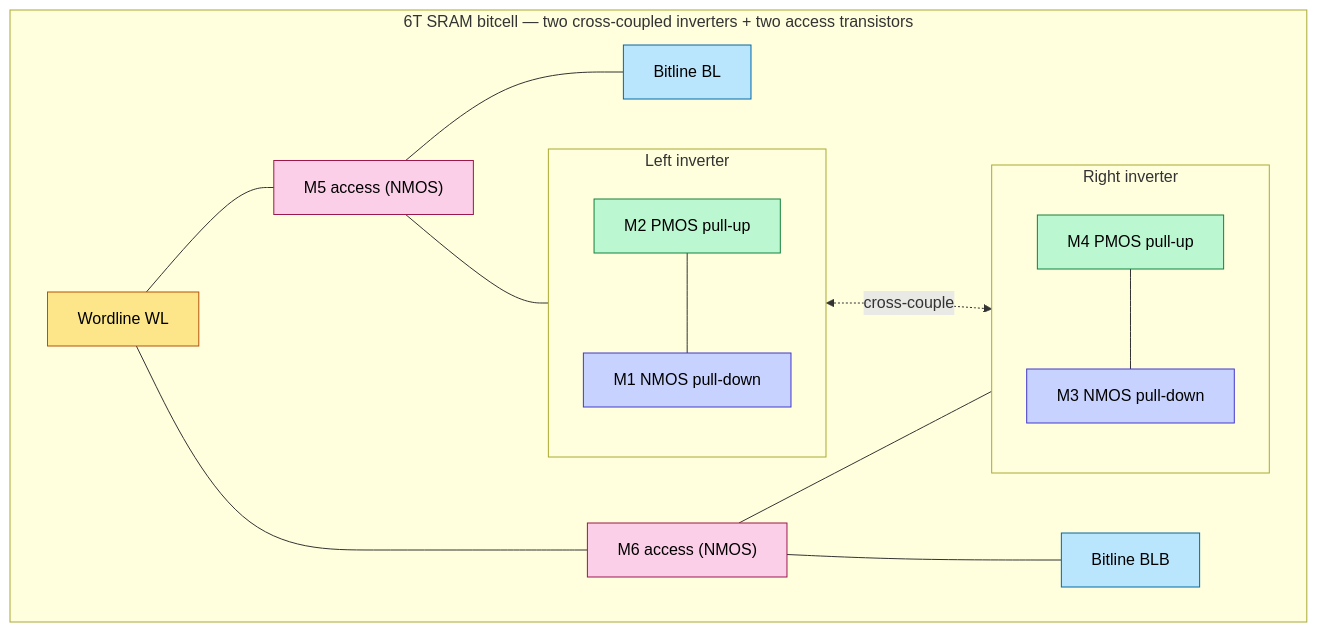
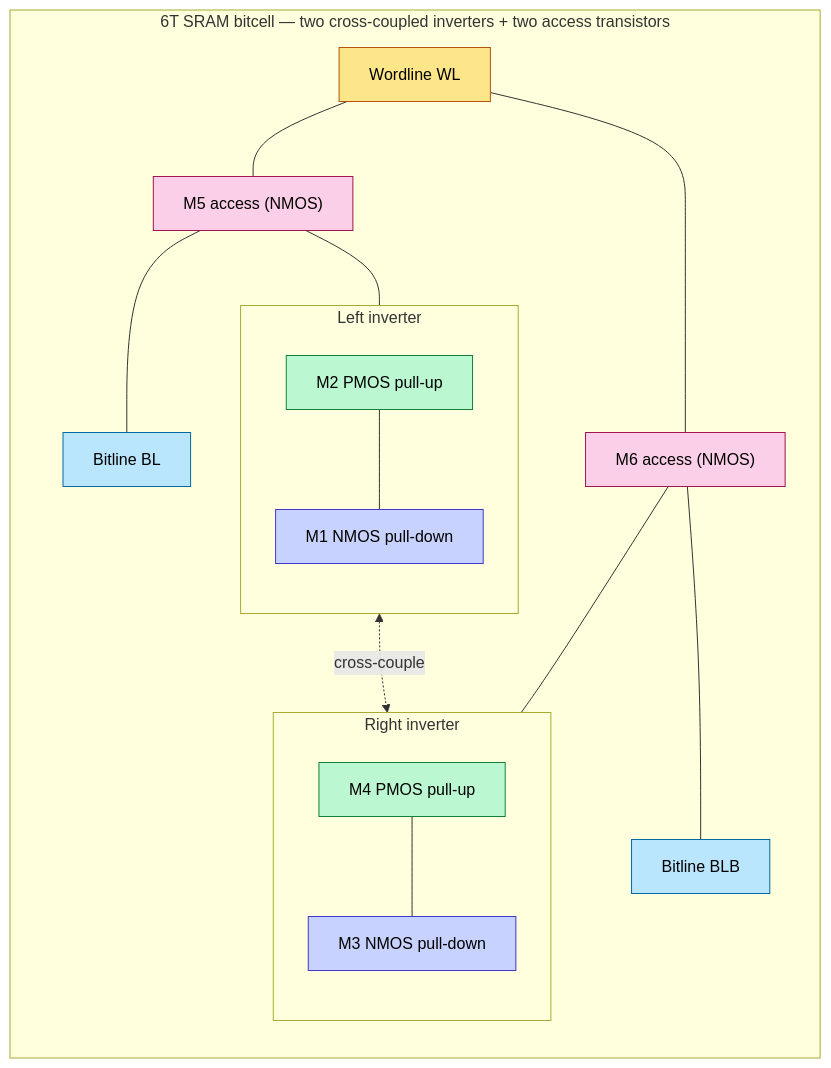
One commit to Wty2003328/ai_infra_intro changed the second of 7 diagrams in ai_infra/L2_Digital_Design_for_AI/On_Chip_Memory_Hardware.md. Above: the diagram before and after it, drawn with Mermaid. The commit also changed 13 other files, not shown here.

````diff
--- a/ai_infra/L2_Digital_Design_for_AI/On_Chip_Memory_Hardware.md
+++ b/ai_infra/L2_Digital_Design_for_AI/On_Chip_Memory_Hardware.md
@@ -72,33 +72,33 @@
 ```mermaid
 flowchart TB
     subgraph CELL["6T SRAM bitcell — two cross-coupled inverters + two access transistors"]
-        direction LR
+        direction TB
         WL[Wordline WL]:::wl
         BL[Bitline BL]:::bl
         BLB[Bitline BLB]:::bl
         M5["M5 access (NMOS)"]:::pass
         M6["M6 access (NMOS)"]:::pass
         subgraph LEFT[Left inverter]
             direction TB
             M2L[M2 PMOS pull-up]:::pmos
             M1L[M1 NMOS pull-down]:::nmos
             M2L --- M1L
         end
         subgraph RIGHT[Right inverter]
             direction TB
             M4R[M4 PMOS pull-up]:::pmos
             M3R[M3 NMOS pull-down]:::nmos
             M4R --- M3R
         end
         WL --- M5 --- BL
         WL --- M6 --- BLB
         M5 --- LEFT
         M6 --- RIGHT
         LEFT <-. cross-couple .-> RIGHT
     end
     classDef wl fill:#fde68a,stroke:#b45309,color:#000
     classDef bl fill:#bae6fd,stroke:#0369a1,color:#000
     classDef pass fill:#fbcfe8,stroke:#9d174d,color:#000
     classDef pmos fill:#bbf7d0,stroke:#15803d,color:#000
     classDef nmos fill:#c7d2fe,stroke:#4338ca,color:#000
 ```
````
